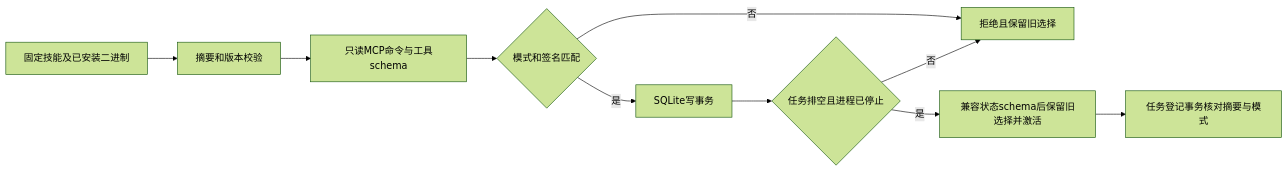
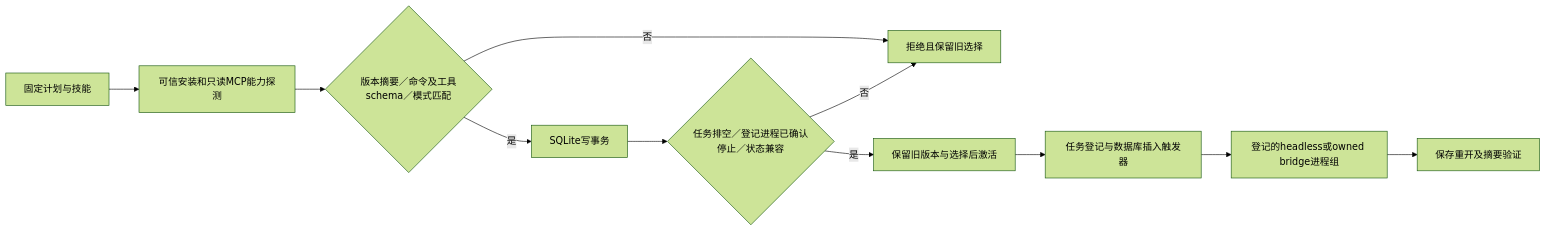
One commit to full-aigc-plugins/vectorcraft-plugin changed the diagram in docs/Runtime-Gate.zh-CN.md. Above: the diagram before and after it, drawn with Mermaid (forest theme). The commit also changed other lines of this file and 27 other files, not shown here.

````diff
--- a/docs/Runtime-Gate.zh-CN.md
+++ b/docs/Runtime-Gate.zh-CN.md
@@ -5,12 +5,13 @@
 ```mermaid
 flowchart LR
-  R[固定技能及已安装二进制] --> P[摘要和版本校验]
-  P --> M[只读MCP命令与工具schema]
-  M --> C{模式和签名匹配}
+  I[固定计划与技能] --> P[可信安装和只读MCP能力探测]
+  P --> C{版本摘要／命令及工具schema／模式匹配}
   C -->|否| F[拒绝且保留旧选择]
   C -->|是| T[SQLite写事务]
-  T --> D{任务排空且进程已停止}
+  T --> D{任务排空／登记进程已确认停止／状态兼容}
   D -->|否| F
-  D -->|是| S[兼容状态schema后保留旧选择并激活]
-  S --> E[任务登记事务核对摘要与模式]
+  D -->|是| A[保留旧版本与选择后激活]
+  A --> Q[任务登记与数据库插入触发器]
+  Q --> N[登记的headless或owned bridge进程组]
+  N --> V[保存重开及摘要验证]
 ```
````
